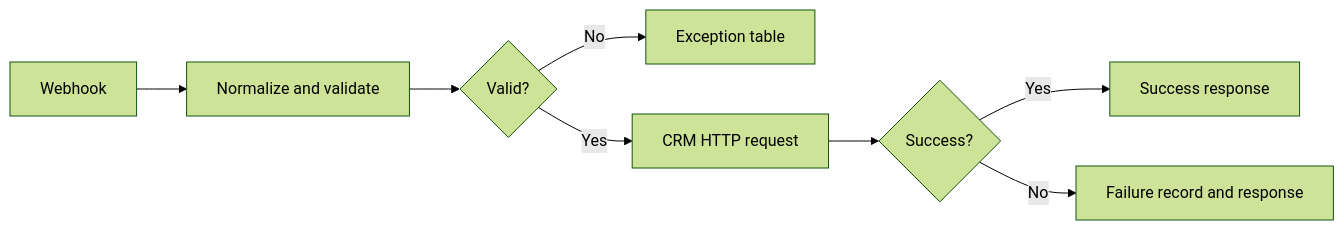
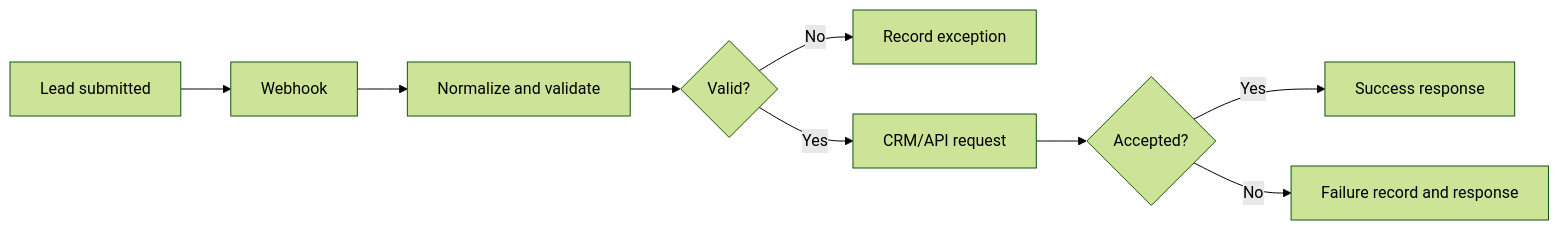
One commit to graceomolola001-cmyk/reliable-lead-intake-deduplication changed the diagram in README.md. Above: the diagram before and after it, drawn with Mermaid (forest theme). The commit also changed other lines of this file, not shown here.

````diff
--- a/README.md
+++ b/README.md
@@ -11,10 +29,11 @@
 ```mermaid
 flowchart LR
- A[Webhook] --> B[Normalize and validate]
- B --> C{Valid?}
- C -->|No| D[Exception table]
- C -->|Yes| E[CRM HTTP request]
- E --> F{Success?}
- F -->|Yes| G[Success response]
- F -->|No| H[Failure record and response]
+    A[Lead submitted] --> B[Webhook]
+    B --> C[Normalize and validate]
+    C --> D{Valid?}
+    D -->|No| E[Record exception]
+    D -->|Yes| F[CRM/API request]
+    F --> G{Accepted?}
+    G -->|Yes| H[Success response]
+    G -->|No| I[Failure record and response]
 ```
````
